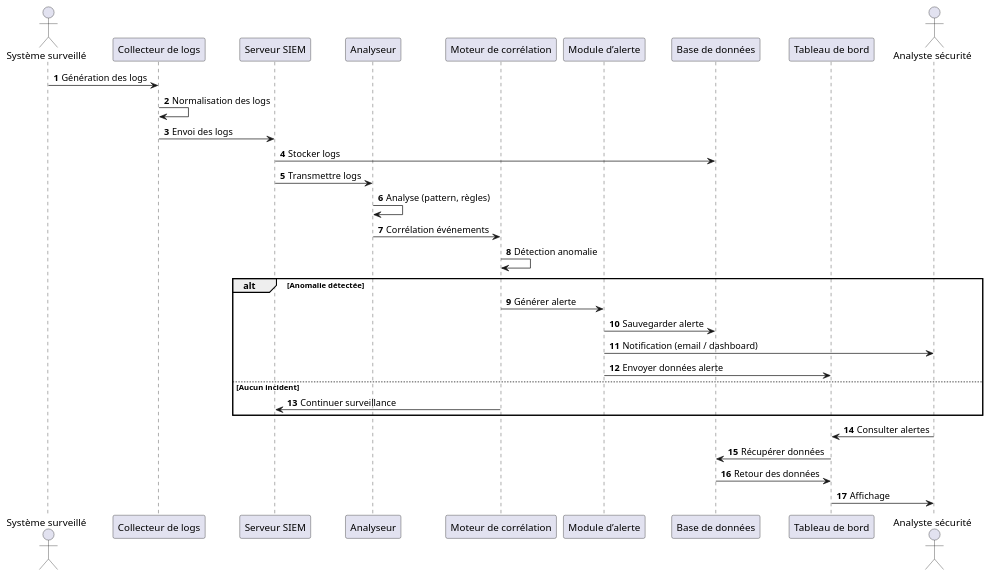
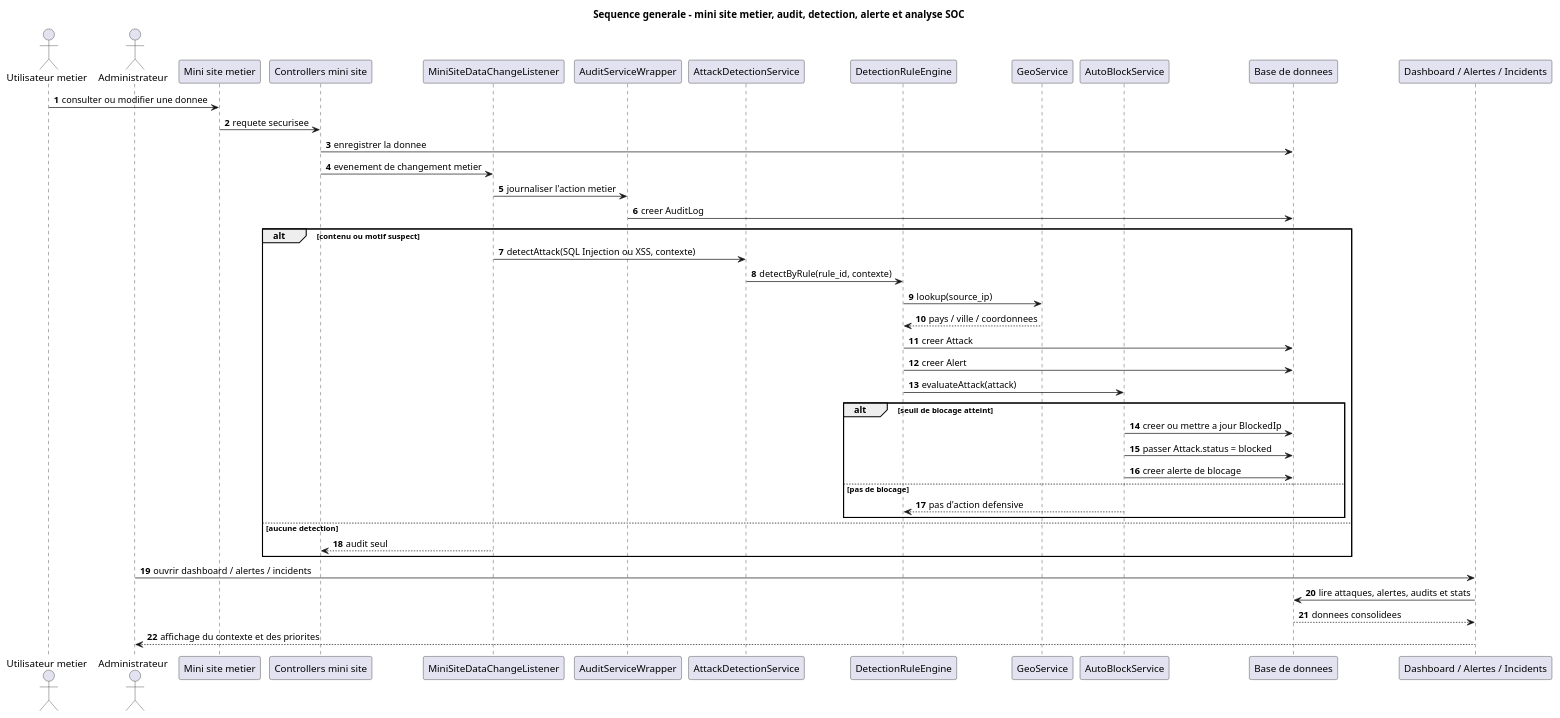
The diagram in public/UML/sequence/sequence-generale.puml (Adolphe51/Projet-definitif-de-soutenance), drawn with PlantUML before and after one commit. The commit also changed 281 other files, not shown here.

```diff
--- a/public/UML/sequence/sequence-generale.puml
+++ b/public/UML/sequence/sequence-generale.puml
@@ -1,61 +1,51 @@
-@startuml
+@startuml CyberGuardSequenceGenerale
 autonumber
-actor "Système surveillé" as System
-participant "Collecteur de logs" as Collector
-participant "Serveur SIEM" as SIEM
-participant "Analyseur" as Analyzer
-participant "Moteur de corrélation" as Correlator
-participant "Module d’alerte" as Alert
-participant "Base de données" as DB
-participant "Tableau de bord" as Dashboard
-actor "Analyste sécurité" as Analyst
+title Sequence generale - mini site metier, audit, detection, alerte et analyse SOC
 
-' ==============================
-' ENVOI DES LOGS
-' ==============================
-System -> Collector : Génération des logs
-Collector -> Collector : Normalisation des logs
-Collector -> SIEM : Envoi des logs
+actor "Utilisateur metier" as BusinessUser
+actor "Administrateur" as SocUser
+participant "Mini site metier" as MiniSite
+participant "Controllers mini site" as MiniSiteControllers
+participant "MiniSiteDataChangeListener" as Listener
+participant "AuditServiceWrapper" as Audit
+participant "AttackDetectionService" as DetectService
+participant "DetectionRuleEngine" as RuleEngine
+participant "GeoService" as Geo
+participant "AutoBlockService" as AutoBlock
+participant "Base de donnees" as DB
+participant "Dashboard / Alertes / Incidents" as Supervision
 
-' ==============================
-' STOCKAGE
-' ==============================
-SIEM -> DB : Stocker logs
+BusinessUser -> MiniSite : consulter ou modifier une donnee
+MiniSite -> MiniSiteControllers : requete securisee
+MiniSiteControllers -> DB : enregistrer la donnee
+MiniSiteControllers -> Listener : evenement de changement metier
 
-' ==============================
-' ANALYSE
-' ==============================
-SIEM -> Analyzer : Transmettre logs
-Analyzer -> Analyzer : Analyse (pattern, règles)
-Analyzer -> Correlator : Corrélation événements
+Listener -> Audit : journaliser l'action metier
+Audit -> DB : creer AuditLog
 
-' ==============================
-' DETECTION
-' ==============================
-Correlator -> Correlator : Détection anomalie
+alt contenu ou motif suspect
+  Listener -> DetectService : detectAttack(SQL Injection ou XSS, contexte)
+  DetectService -> RuleEngine : detectByRule(rule_id, contexte)
+  RuleEngine -> Geo : lookup(source_ip)
+  Geo --> RuleEngine : pays / ville / coordonnees
+  RuleEngine -> DB : creer Attack
+  RuleEngine -> DB : creer Alert
+  RuleEngine -> AutoBlock : evaluateAttack(attack)
 
-alt Anomalie détectée
-    Correlator -> Alert : Générer alerte
-    
-    ' Enregistrement
-    Alert -> DB : Sauvegarder alerte
-    
-    ' Notification
-    Alert -> Analyst : Notification (email / dashboard)
-    
-    ' Affichage
-    Alert -> Dashboard : Envoyer données alerte
-    
-else Aucun incident
-    Correlator -> SIEM : Continuer surveillance
+  alt seuil de blocage atteint
+    AutoBlock -> DB : creer ou mettre a jour BlockedIp
+    AutoBlock -> DB : passer Attack.status = blocked
+    AutoBlock -> DB : creer alerte de blocage
+  else pas de blocage
+    AutoBlock --> RuleEngine : pas d'action defensive
+  end
+else aucune detection
+  Listener --> MiniSiteControllers : audit seul
 end
 
-' ==============================
-' CONSULTATION
-' ==============================
-Analyst -> Dashboard : Consulter alertes
-Dashboard -> DB : Récupérer données
-DB -> Dashboard : Retour des données
-Dashboard -> Analyst : Affichage
+SocUser -> Supervision : ouvrir dashboard / alertes / incidents
+Supervision -> DB : lire attaques, alertes, audits et stats
+DB --> Supervision : donnees consolidees
+Supervision --> SocUser : affichage du contexte et des priorites
 
 @enduml
```
